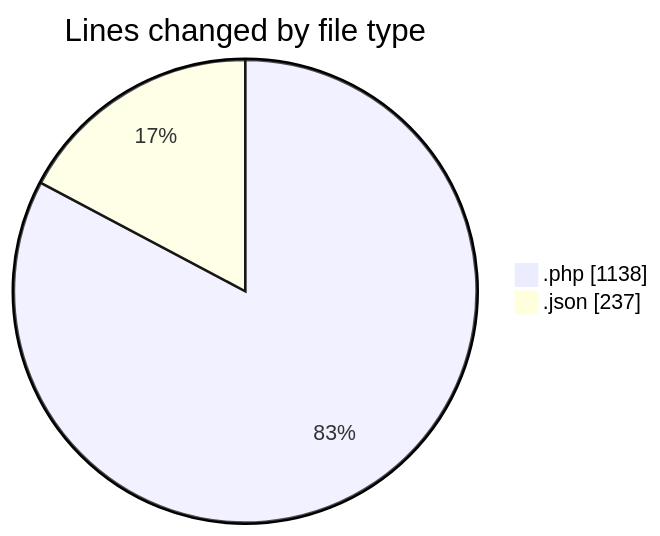
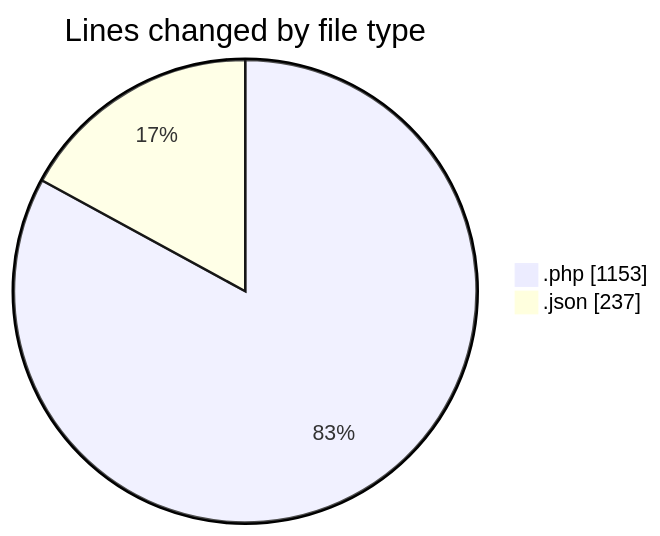
Before and after one commit to idhammustaqopulfikri/code-tracking: the first of 2 diagrams in 2025-06-13/studio-backend/README.md, drawn with Mermaid. The commit also changed other lines of this file and 1 other file, not shown here.

````diff
--- a/2025-06-13/studio-backend/README.md
+++ b/2025-06-13/studio-backend/README.md
@@ -30,6 +30,6 @@
 ```mermaid
 pie showData
 title Lines changed by file type
-".php" : 1138
+".php" : 1153
 ".json" : 237
 ```
````
